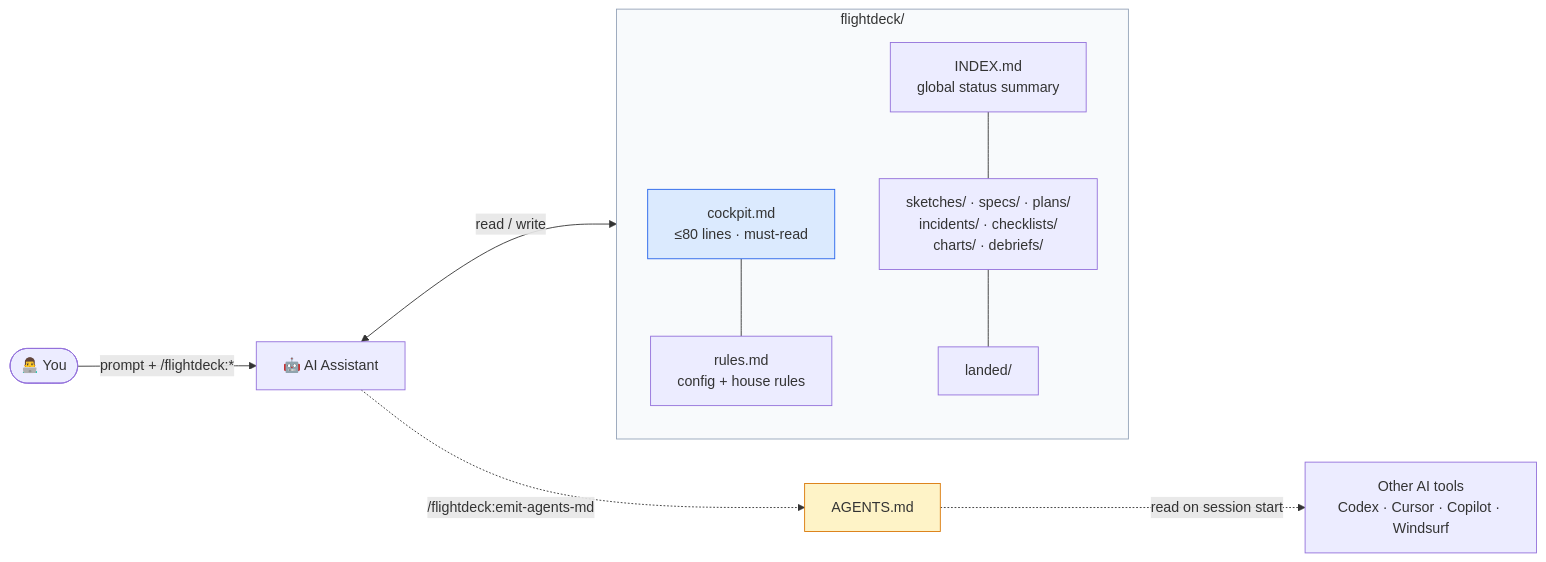
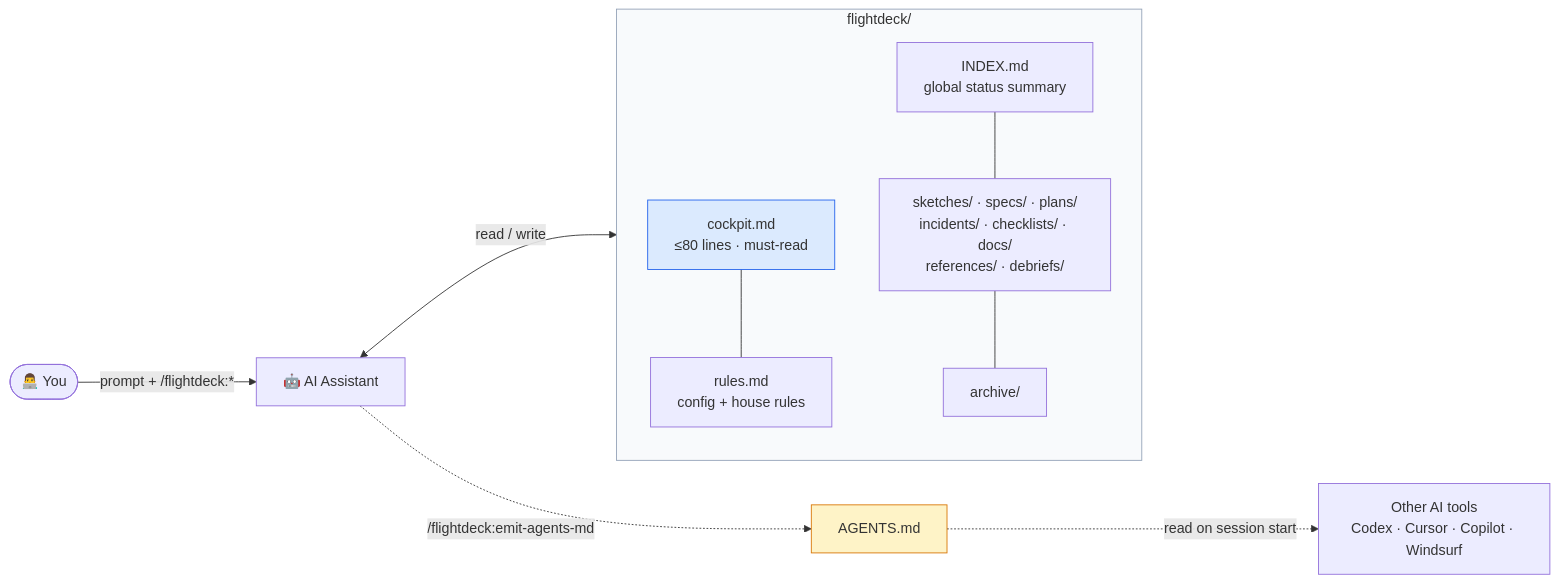
The diagram in docs/architecture.md (Yuelioi/flightdeck), drawn with Mermaid before and after one commit. The commit also changed 2 other files, not shown here.

Commit message:
docs: 人类叙事三篇对齐 3.0 事实
- architecture：mermaid 图 charts/→references/、landed/→archive/，
  补 3.0 新增的 docs/ 文件夹
- philosophy：done 不再自动搬 landed/——status⟂location，归档是
  landing 的交叉引用判断、目的地 archive/
- comparison：生命周期行 landed→archive

````diff
--- a/docs/architecture.md
+++ b/docs/architecture.md
@@ -5,22 +5,22 @@
 ```mermaid
 flowchart LR
     User([👨‍💻 You]) -->|prompt + /flightdeck:*| AI[🤖 AI Assistant]
     AI <-->|read / write| FD[(flightdeck/)]
     AI -.->|/flightdeck:emit-agents-md| AGENTS[AGENTS.md]
     AGENTS -.->|read on session start| OtherAI[Other AI tools<br/>Codex · Cursor · Copilot · Windsurf]
 
     subgraph FD [flightdeck/]
         direction TB
         Cockpit[cockpit.md<br/>≤80 lines · must-read]
         Rules[rules.md<br/>config + house rules]
         Index[INDEX.md<br/>global status summary]
-        Folders[sketches/ · specs/ · plans/<br/>incidents/ · checklists/<br/>charts/ · debriefs/]
-        Archive[landed/]
+        Folders[sketches/ · specs/ · plans/<br/>incidents/ · checklists/ · docs/<br/>references/ · debriefs/]
+        Archive[archive/]
         Cockpit --- Rules
         Index --- Folders --- Archive
     end
 
     style Cockpit fill:#dbeafe,stroke:#2563eb
     style AGENTS fill:#fef3c7,stroke:#d97706
     style FD fill:#f8fafc,stroke:#94a3b8
 ```
````
